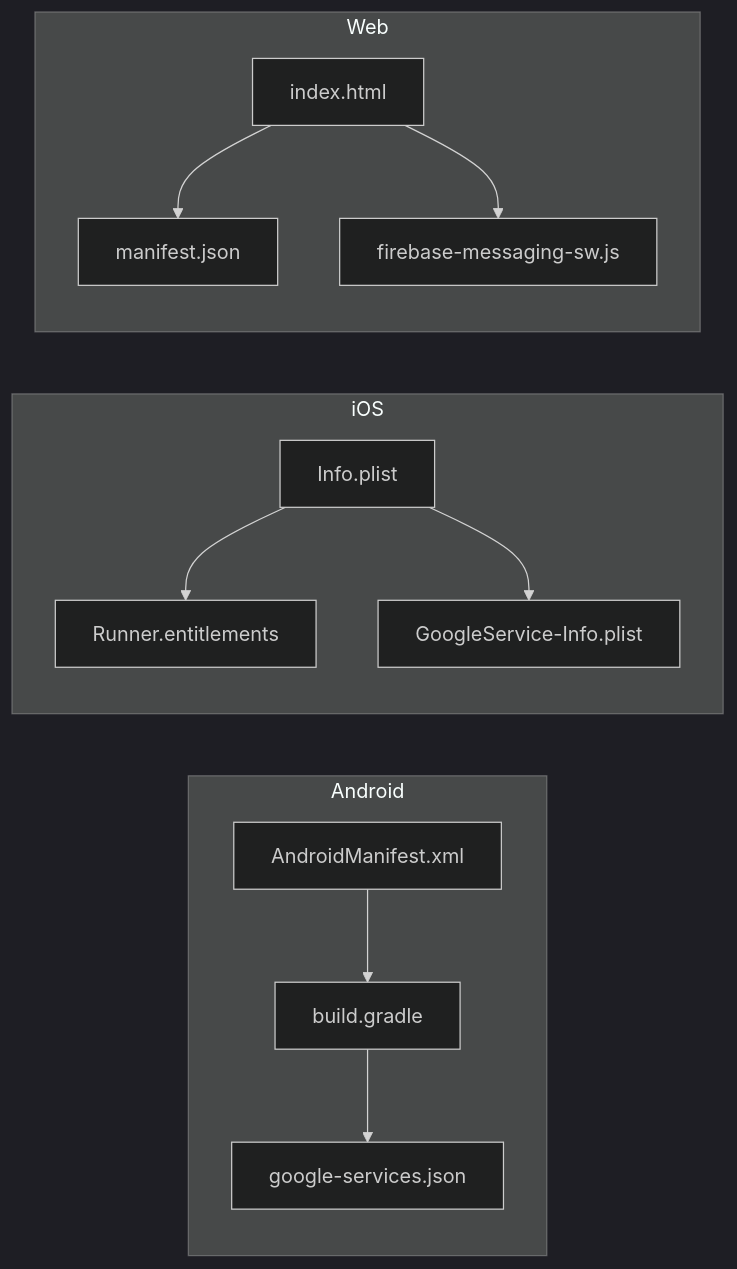
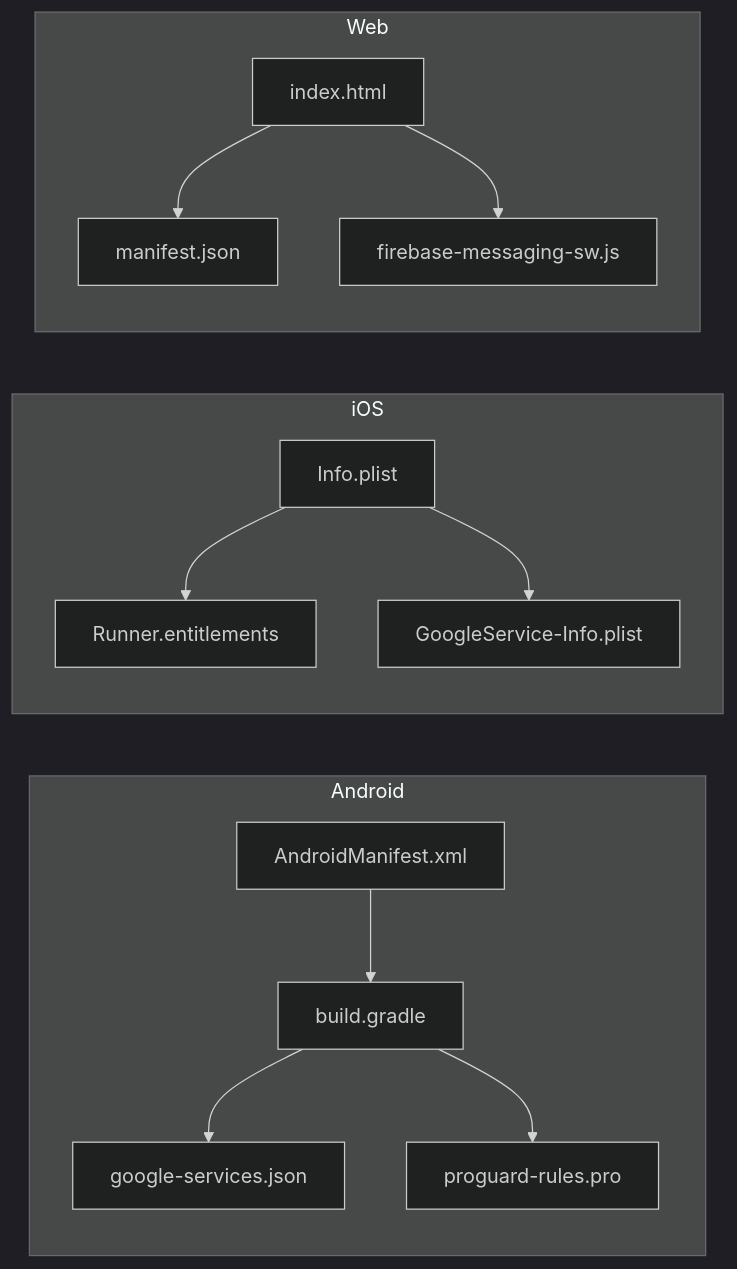
Diagram 11 of 11 in .qoder/repowiki/en/content/Platform-Specific Implementation/Platform-Specific Implementation.md (Hamdies/waddy_user), drawn with Mermaid (dark theme) before and after one commit. The commit also changed other lines of this file and 773 other files, not shown here.

````diff
--- a/.qoder/repowiki/en/content/Platform-Specific Implementation/Platform-Specific Implementation.md
+++ b/.qoder/repowiki/en/content/Platform-Specific Implementation/Platform-Specific Implementation.md
@@ -428,24 +484,26 @@
 ```mermaid
 graph LR
 subgraph "Android"
 AM["AndroidManifest.xml"]
 AG["build.gradle"]
 GS["google-services.json"]
+PR["proguard-rules.pro"]
 end
 subgraph "iOS"
 IP["Info.plist"]
 ENT["Runner.entitlements"]
 GSI["GoogleService-Info.plist"]
 end
 subgraph "Web"
 IH["index.html"]
 MFT["manifest.json"]
 SW["firebase-messaging-sw.js"]
 end
 AM --> AG
 AG --> GS
+AG --> PR
 IP --> ENT
 IP --> GSI
 IH --> MFT
 IH --> SW
 ```
````
